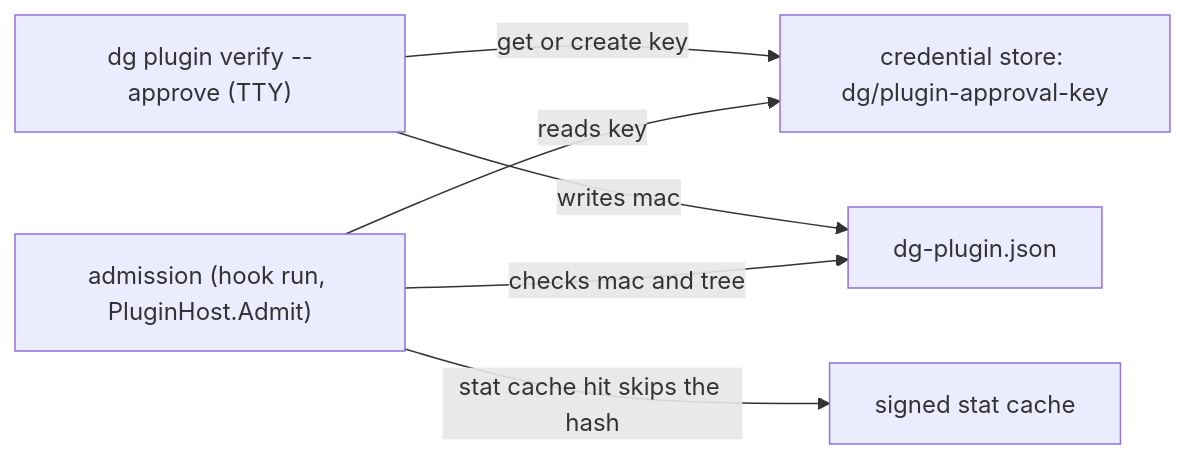
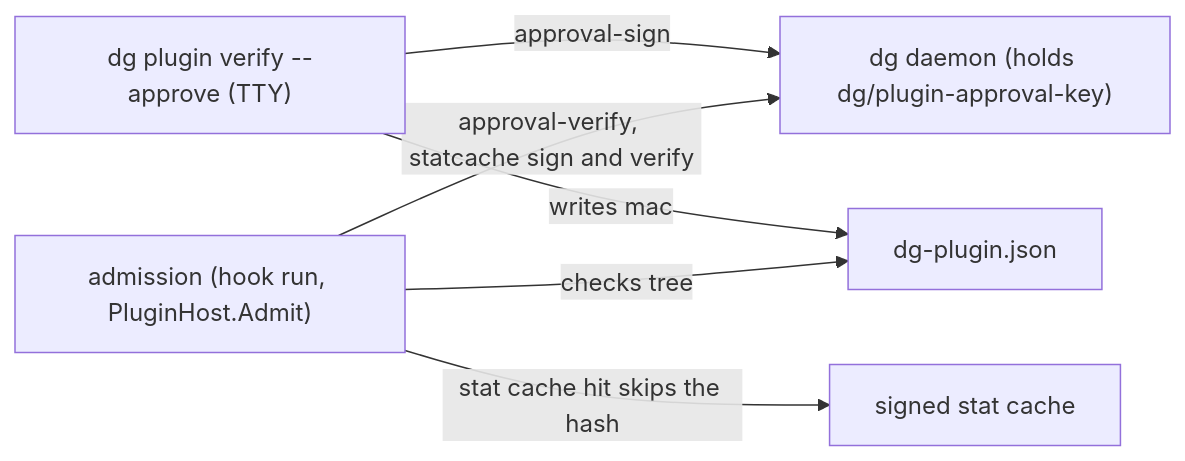
The diagram in docs/adr/0061-dg-plugin-admission-is-signed-and-transport-bound.md (detailedghost/dg-ai), drawn with Mermaid before and after one commit. The commit also changed other lines of this file and 2 other files, not shown here.

First line of the commit message:
docs(plugin): describe daemon-side approval signing

````diff
--- a/docs/adr/0061-dg-plugin-admission-is-signed-and-transport-bound.md
+++ b/docs/adr/0061-dg-plugin-admission-is-signed-and-transport-bound.md
@@ -55,8 +66,8 @@
 ```mermaid
 flowchart LR
-  V["dg plugin verify --approve (TTY)"] -- get or create key --> K["credential store: dg/plugin-approval-key"]
+  V["dg plugin verify --approve (TTY)"] -- approval-sign --> D["dg daemon (holds dg/plugin-approval-key)"]
   V -- writes mac --> R["dg-plugin.json"]
-  A["admission (hook run, PluginHost.Admit)"] -- reads key --> K
-  A -- checks mac and tree --> R
+  A["admission (hook run, PluginHost.Admit)"] -- approval-verify, statcache sign and verify --> D
+  A -- checks tree --> R
   A -- stat cache hit skips the hash --> C["signed stat cache"]
 ```
````
